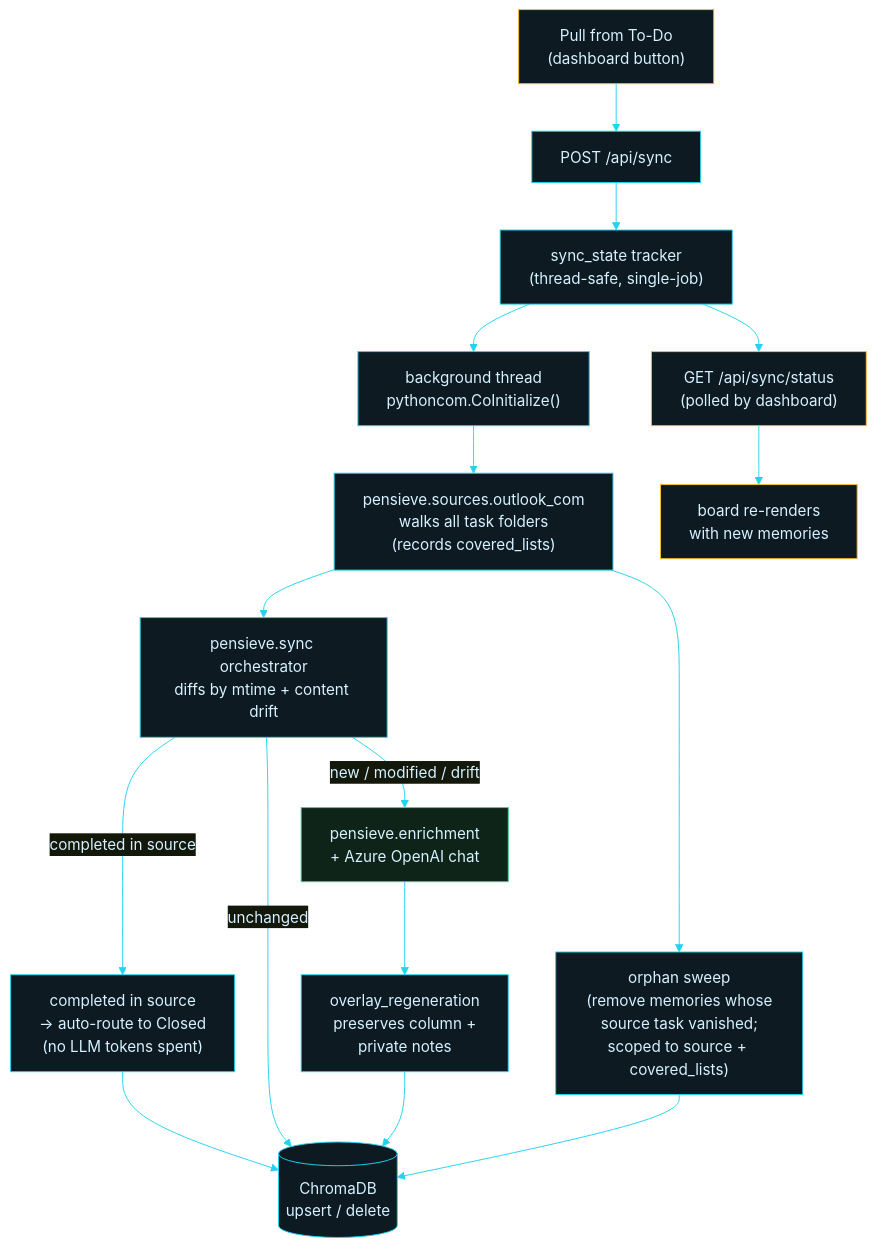
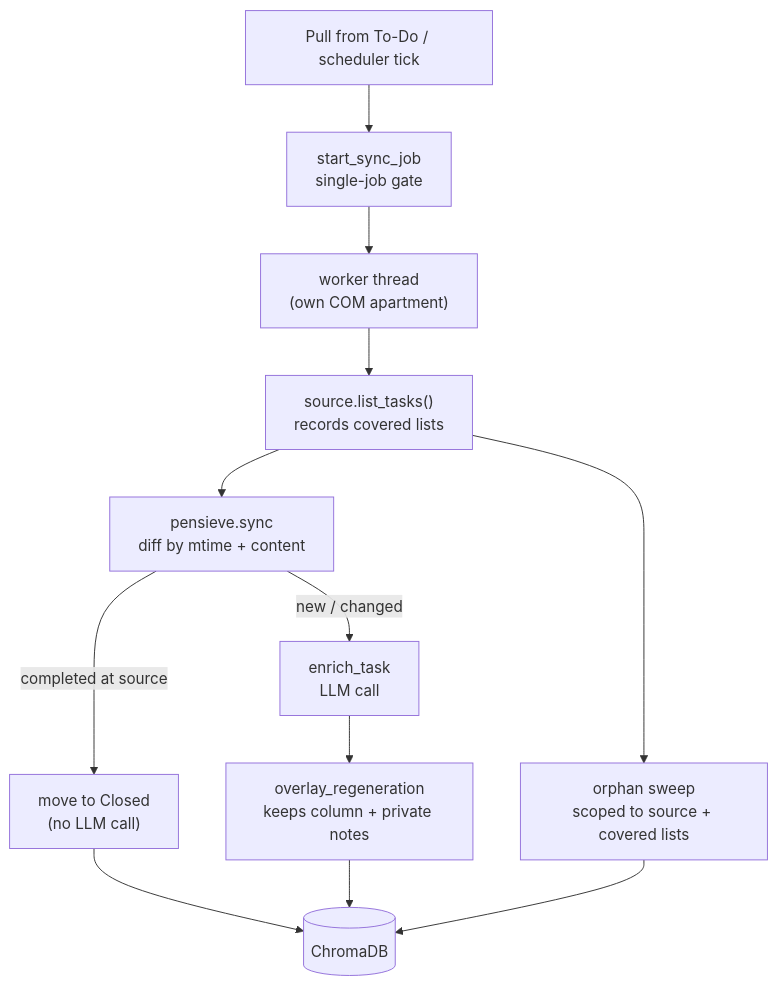
One commit to andy-herman/pensieve changed the second of 2 diagrams in README.md. Above: the diagram before and after it, drawn with Mermaid. The commit also changed other lines of this file and 5 other files, not shown here.

````diff
--- a/README.md
+++ b/README.md
@@ -319,33 +142,14 @@
 ```mermaid
-%%{init: {'theme':'base','themeVariables':{'primaryColor':'#0b1418','primaryTextColor':'#d6f1ff','primaryBorderColor':'#22d3ee','lineColor':'#22d3ee','fontFamily':'Rajdhani, Share Tech Mono, monospace'}}}%%
 flowchart TD
-    SYNCBTN["Pull from To-Do<br/>(dashboard button)"]
-    POST["POST /api/sync"]
-    TRACKER["sync_state tracker<br/>(thread-safe, single-job)"]
-    THREAD["background thread<br/>pythoncom.CoInitialize()"]
-    SRC["pensieve.sources.outlook_com<br/>walks all task folders<br/>(records covered_lists)"]
-    ORCH["pensieve.sync orchestrator<br/>diffs by mtime + content drift"]
-    AUTOCLOSE["completed in source<br/>→ auto-route to Closed<br/>(no LLM tokens spent)"]
-    ENRICH["pensieve.enrichment<br/>+ Azure OpenAI chat"]
-    OVERLAY["overlay_regeneration<br/>preserves column +<br/>private notes"]
-    SWEEP["orphan sweep<br/>(remove memories whose<br/>source task vanished;<br/>scoped to source + covered_lists)"]
-    CHROMA[("ChromaDB<br/>upsert / delete")]
-    POLL["GET /api/sync/status<br/>(polled by dashboard)"]
-    REDRAW["board re-renders<br/>with new memories"]
-
-    SYNCBTN --> POST --> TRACKER --> THREAD
-    THREAD --> SRC --> ORCH
-    ORCH -->|"completed in source"| AUTOCLOSE --> CHROMA
-    ORCH -->|"new / modified / drift"| ENRICH
-    ORCH -->|"unchanged"| CHROMA
-    ENRICH --> OVERLAY --> CHROMA
-    SRC --> SWEEP --> CHROMA
-    TRACKER --> POLL --> REDRAW
-
-    classDef dashRole fill:#0e1a22,stroke:#fbbf24,color:#d6f1ff
-    classDef coreRole fill:#0e1a22,stroke:#22d3ee,color:#d6f1ff
-    classDef llmRole  fill:#0e2418,stroke:#34d399,color:#d6f1ff
-    class SYNCBTN,REDRAW,POLL dashRole
-    class POST,TRACKER,THREAD,SRC,ORCH,AUTOCLOSE,OVERLAY,SWEEP,CHROMA coreRole
-    class ENRICH llmRole
+    BTN["Pull from To-Do / scheduler tick"] --> GATE["start_sync_job<br/>single-job gate"]
+    GATE --> THREAD["worker thread<br/>(own COM apartment)"]
+    THREAD --> SRC["source.list_tasks()<br/>records covered lists"]
+    SRC --> DIFF["pensieve.sync<br/>diff by mtime + content"]
+    DIFF -->|completed at source| CLOSE["move to Closed<br/>(no LLM call)"]
+    DIFF -->|new / changed| ENRICH["enrich_task<br/>LLM call"]
+    ENRICH --> OVERLAY["overlay_regeneration<br/>keeps column + private notes"]
+    SRC --> SWEEP["orphan sweep<br/>scoped to source + covered lists"]
+    CLOSE --> CHROMA[("ChromaDB")]
+    OVERLAY --> CHROMA
+    SWEEP --> CHROMA
 ```
````
